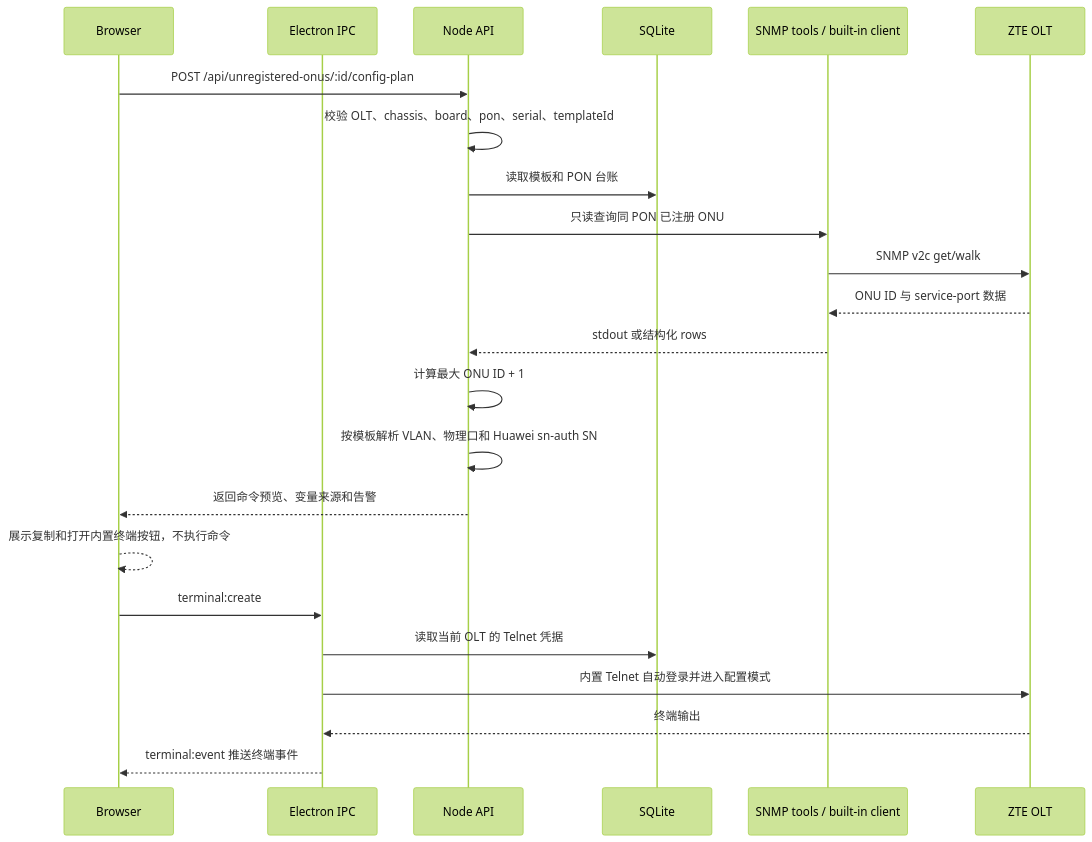
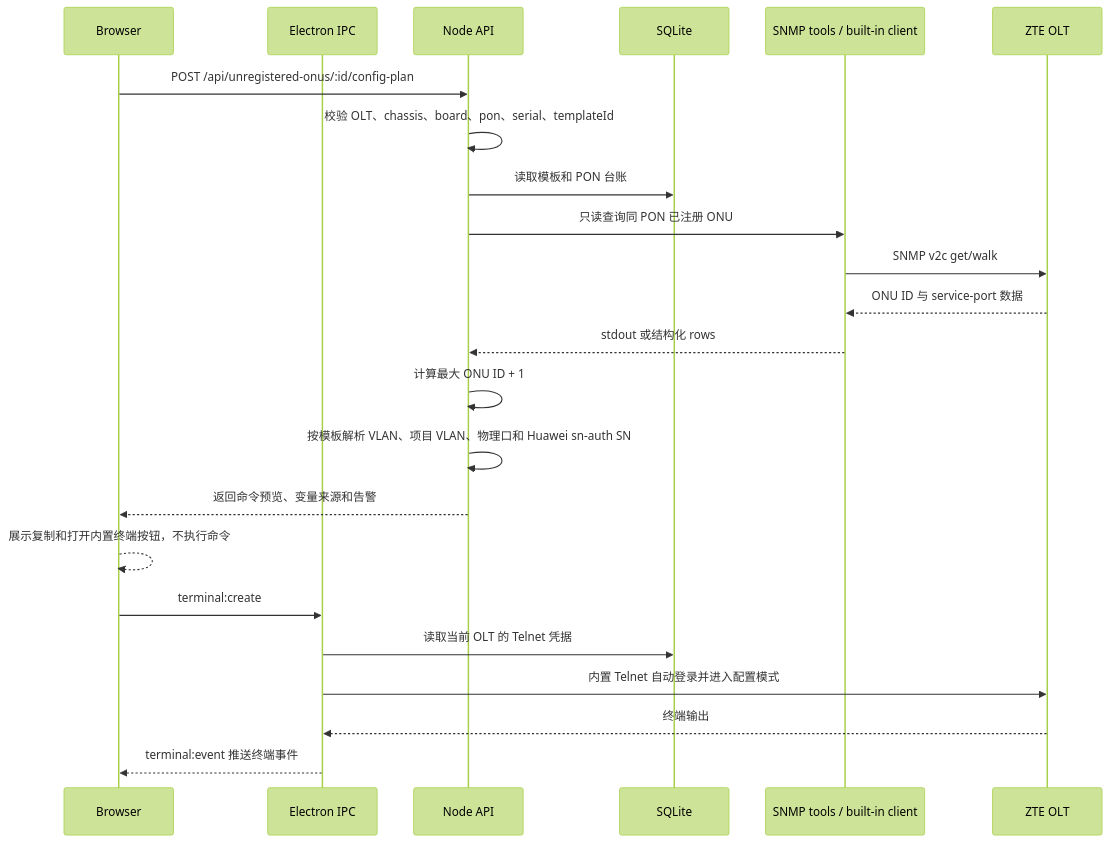
The fifth of 7 diagrams in docs/design/sequence.md (landvd/OLT-Manager), drawn with Mermaid (forest theme) before and after one commit. The commit also changed other lines of this file and 8 other files, not shown here.

````diff
--- a/docs/design/sequence.md
+++ b/docs/design/sequence.md
@@ -96,26 +96,26 @@
 ```mermaid
 sequenceDiagram
   participant Browser as Browser
   participant Electron as Electron IPC
   participant API as Node API
   participant DB as SQLite
   participant SNMP as SNMP tools / built-in client
   participant OLT as ZTE OLT
 
   Browser->>API: POST /api/unregistered-onus/:id/config-plan
   API->>API: 校验 OLT、chassis、board、pon、serial、templateId
   API->>DB: 读取模板和 PON 台账
   API->>SNMP: 只读查询同 PON 已注册 ONU
   SNMP->>OLT: SNMP v2c get/walk
   OLT-->>SNMP: ONU ID 与 service-port 数据
   SNMP-->>API: stdout 或结构化 rows
   API->>API: 计算最大 ONU ID + 1
-  API->>API: 按模板解析 VLAN、物理口和 Huawei sn-auth SN
+  API->>API: 按模板解析 VLAN、项目 VLAN、物理口和 Huawei sn-auth SN
   API-->>Browser: 返回命令预览、变量来源和告警
   Browser-->>Browser: 展示复制和打开内置终端按钮，不执行命令
   Browser->>Electron: terminal:create
   Electron->>DB: 读取当前 OLT 的 Telnet 凭据
   Electron->>OLT: 内置 Telnet 自动登录并进入配置模式
   OLT-->>Electron: 终端输出
   Electron-->>Browser: terminal:event 推送终端事件
 ```
````
